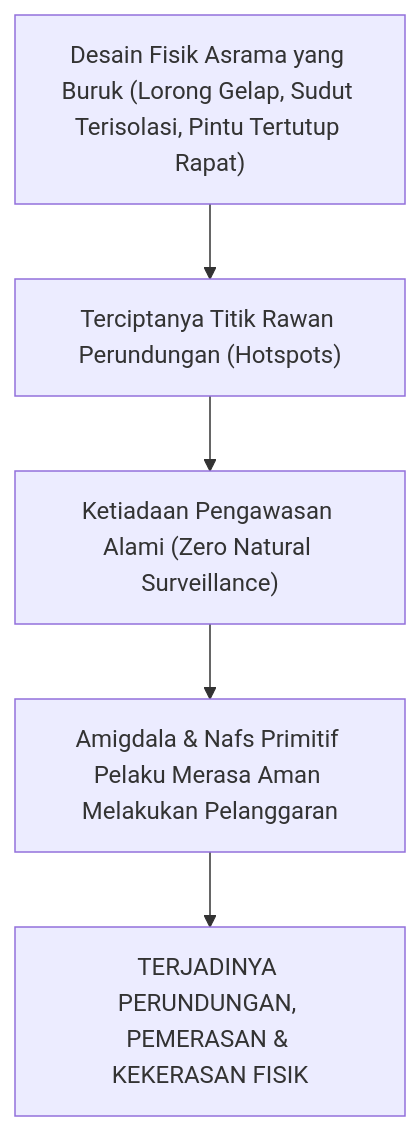
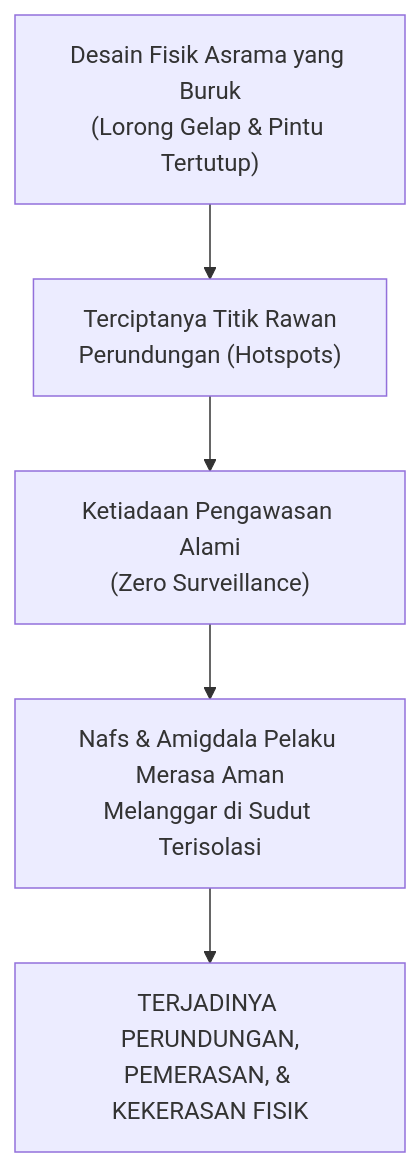
The first of 4 diagrams in BOOK Series 1/01-The-Fundamental-of-TUMBUH/Bab-11-Rekayasa-Lingkungan-Asrama-dan-Ekosistem-Terpadu-24-Jam.md (wandiapriliyandi/tumbuh), drawn with Mermaid before and after one commit. The commit also changed other lines of this file and 37 other files, not shown here.

Commit message:
fix(book-01): optimasi pemenggalan teks dan overflow seluruh diagram serta render ulang 20 PDF

````diff
--- a/BOOK Series 1/01-The-Fundamental-of-TUMBUH/Bab-11-Rekayasa-Lingkungan-Asrama-dan-Ekosistem-Terpadu-24-Jam.md
+++ b/BOOK Series 1/01-The-Fundamental-of-TUMBUH/Bab-11-Rekayasa-Lingkungan-Asrama-dan-Ekosistem-Terpadu-24-Jam.md
@@ -24,7 +24,7 @@
 ```mermaid
 graph TD
-    A["Desain Fisik Asrama yang Buruk (Lorong Gelap, Sudut Terisolasi, Pintu Tertutup Rapat)"] --> B["Terciptanya Titik Rawan Perundungan (Hotspots)"]
-    B --> C["Ketiadaan Pengawasan Alami (Zero Natural Surveillance)"]
-    C --> D["Amigdala & Nafs Primitif Pelaku Merasa Aman Melakukan Pelanggaran"]
-    D --> E["TERJADINYA PERUNDUNGAN, PEMERASAN & KEKERASAN FISIK"]
+    A["Desain Fisik Asrama yang Buruk<br/>(Lorong Gelap & Pintu Tertutup)"] --> B["Terciptanya Titik Rawan<br/>Perundungan (Hotspots)"]
+    B --> C["Ketiadaan Pengawasan Alami<br/>(Zero Surveillance)"]
+    C --> D["Nafs & Amigdala Pelaku Merasa Aman<br/>Melanggar di Sudut Terisolasi"]
+    D --> E["TERJADINYA PERUNDUNGAN,<br/>PEMERASAN, & KEKERASAN FISIK"]
 ```
````
